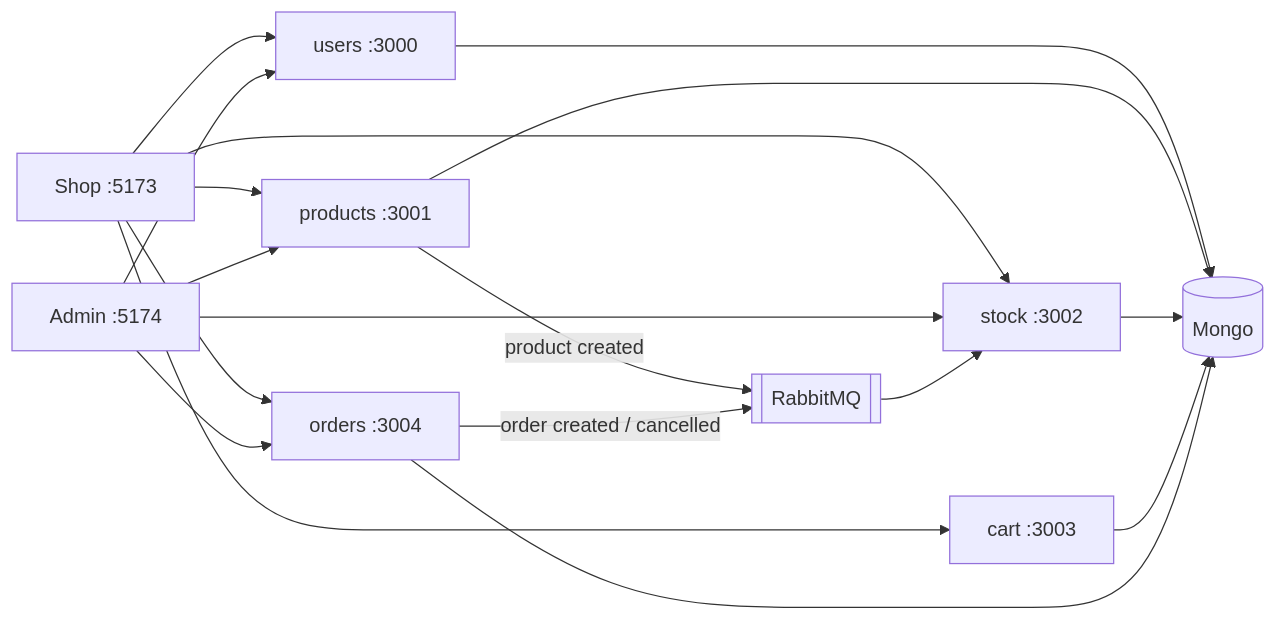
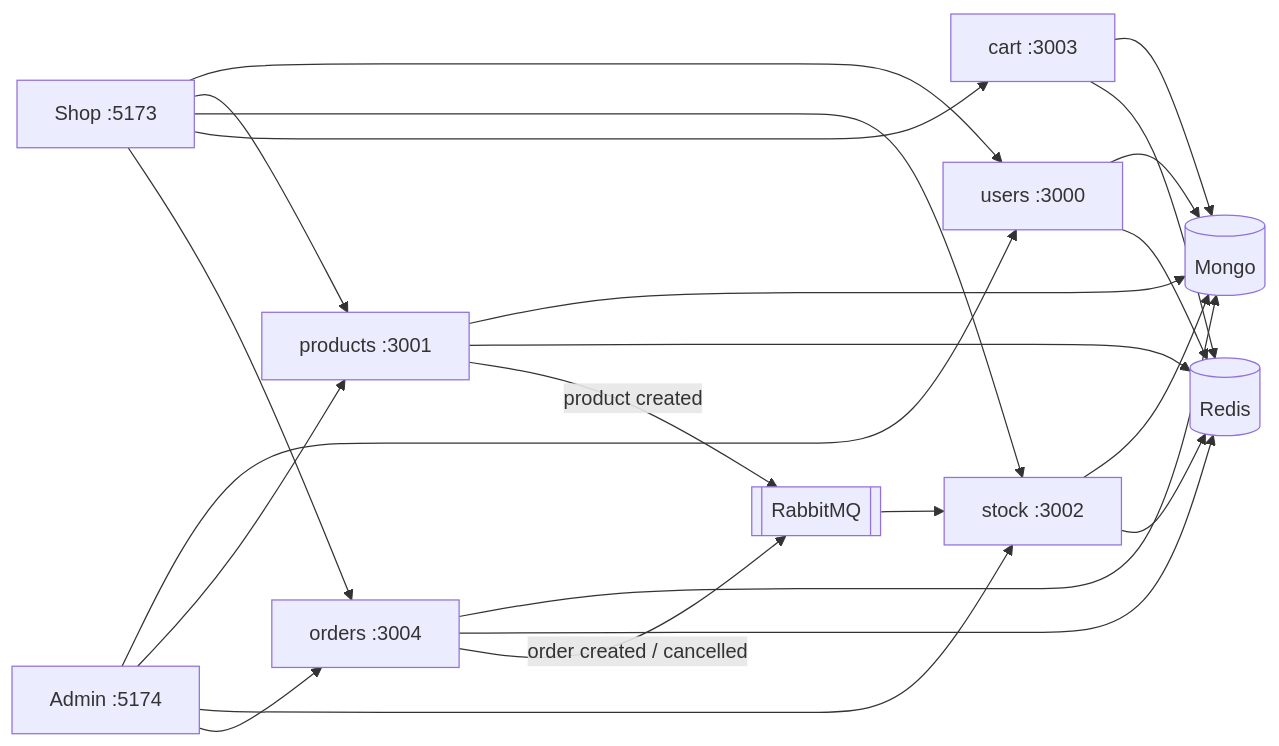
The diagram in README.md (dipunjan/core-platform), drawn with Mermaid before and after one commit. The commit also changed other lines of this file and 37 other files, not shown here.

````diff
--- a/README.md
+++ b/README.md
@@ -25,19 +26,21 @@
 ```mermaid
 flowchart LR
   Shop["Shop :5173"]
   Admin["Admin :5174"]
   U["users :3000"]
   P["products :3001"]
   I["stock :3002"]
   C["cart :3003"]
   O["orders :3004"]
   Mongo[(Mongo)]
+  Redis[(Redis)]
   Rabbit[[RabbitMQ]]
 
   Shop --> U & P & I & C & O
   Admin --> U & P & I & O
   U & P & I & C & O --> Mongo
+  U & P & I & C & O --> Redis
   P -->|"product created"| Rabbit
   O -->|"order created / cancelled"| Rabbit
   Rabbit --> I
 ```
````
